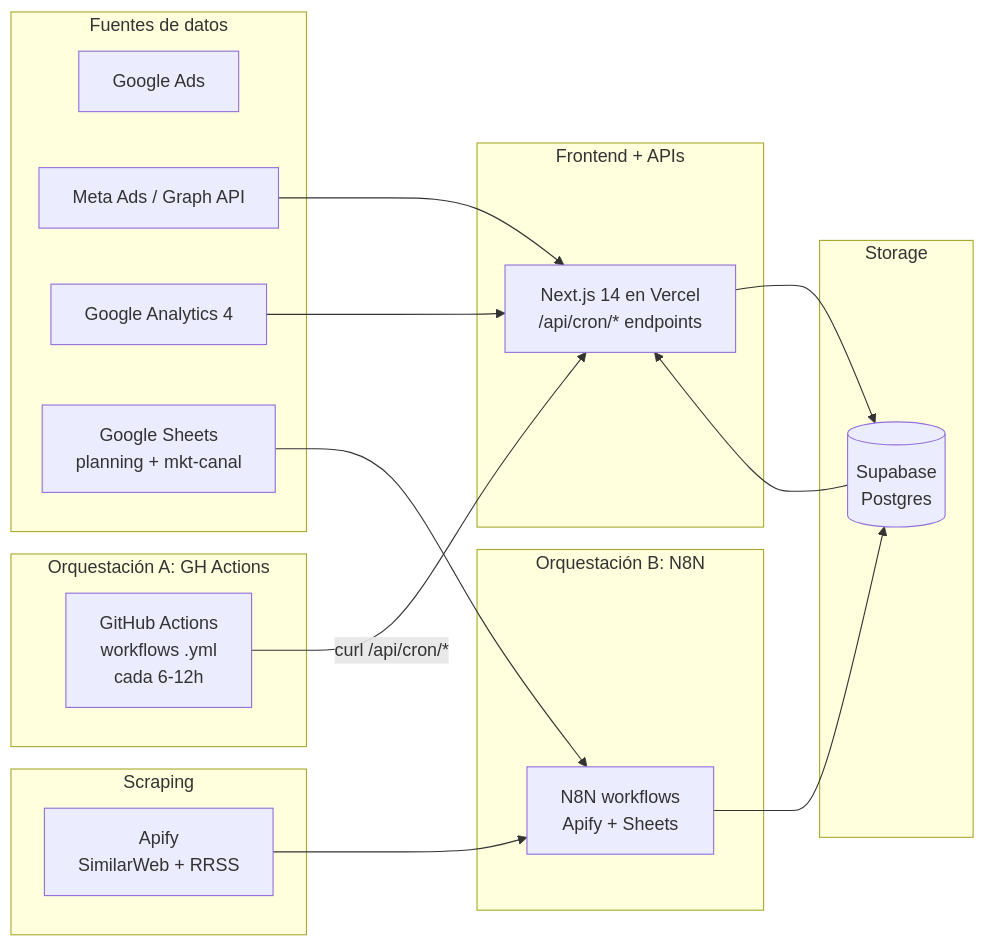
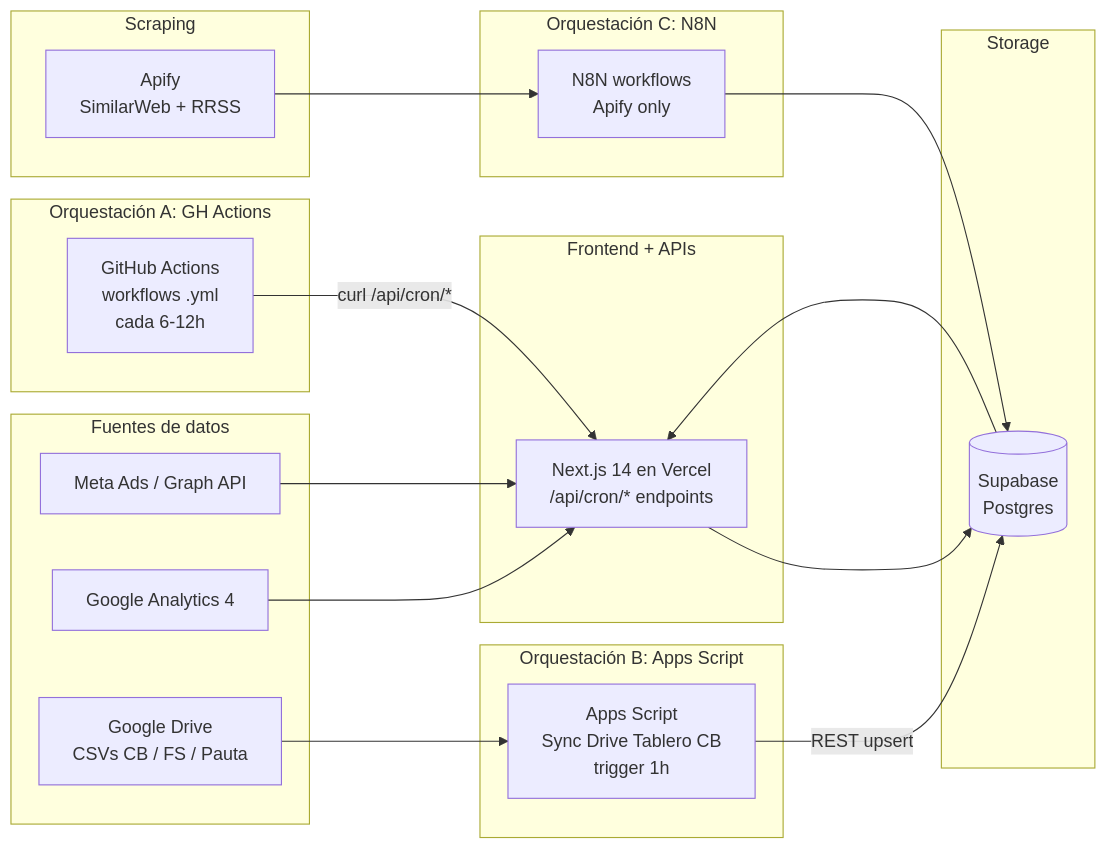
The diagram in README.md (dsabena-byte/Dashboard-Mkt), drawn with Mermaid before and after one commit. The commit also changed other lines of this file, not shown here.

First line of the commit message:
docs(readme): refleja arquitectura tri-orquestada (GH Actions + Apps Script + N8N)

````diff
--- a/README.md
+++ b/README.md
@@ -18,40 +23,45 @@
 ```mermaid
 flowchart LR
   subgraph Sources["Fuentes de datos"]
-    GA[Google Ads]
     META[Meta Ads / Graph API]
     GA4[Google Analytics 4]
-    SHEETS[Google Sheets<br/>planning + mkt-canal]
+    DRIVE[Google Drive<br/>CSVs CB / FS / Pauta]
   end
 
   subgraph Scrape["Scraping"]
     APIFY[Apify<br/>SimilarWeb + RRSS]
   end
 
   subgraph OrchA["Orquestación A: GH Actions"]
     GHA[GitHub Actions<br/>workflows .yml<br/>cada 6-12h]
   end
 
-  subgraph OrchB["Orquestación B: N8N"]
-    N8N[N8N workflows<br/>Apify + Sheets]
+  subgraph OrchB["Orquestación B: Apps Script"]
+    GAS[Apps Script<br/>Sync Drive Tablero CB<br/>trigger 1h]
+  end
+
+  subgraph OrchC["Orquestación C: N8N"]
+    N8N[N8N workflows<br/>Apify only]
   end
 
   subgraph App["Frontend + APIs"]
     NEXT[Next.js 14 en Vercel<br/>/api/cron/* endpoints]
   end
 
   subgraph Storage["Storage"]
     SUPA[(Supabase<br/>Postgres)]
   end
 
   META --> NEXT
   GA4 --> NEXT
   GHA -->|curl /api/cron/*| NEXT
   NEXT --> SUPA
 
+  DRIVE --> GAS
+  GAS -->|REST upsert| SUPA
+
   APIFY --> N8N
-  SHEETS --> N8N
   N8N --> SUPA
 
   SUPA --> NEXT
 ```
````
